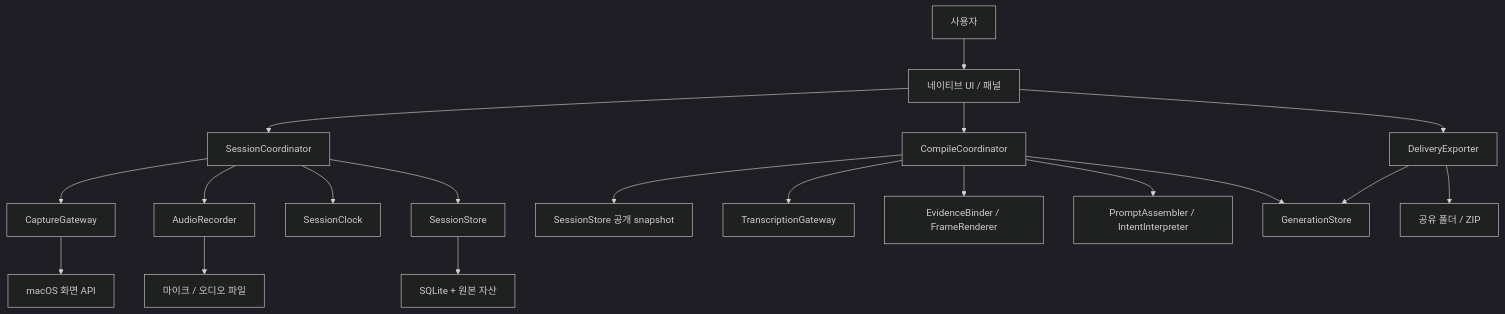
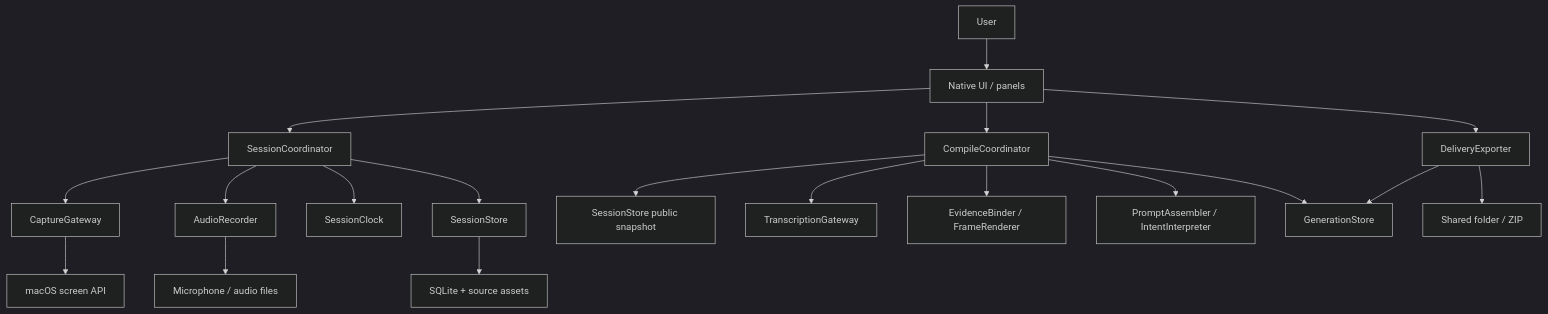
One commit to ryujt/cuevia changed the diagram in docs/design/20261031-093004/to-be/system-design-to-be.md. Above: the diagram before and after it, drawn with Mermaid (dark theme). The commit also changed other lines of this file and 51 other files, not shown here.

````diff
--- a/docs/design/20261031-093004/to-be/system-design-to-be.md
+++ b/docs/design/20261031-093004/to-be/system-design-to-be.md
@@ -81,21 +81,21 @@
 ```mermaid
 flowchart TB
-  User[사용자] --> UI[네이티브 UI / 패널]
+  User[User] --> UI[Native UI / panels]
   UI --> SC[SessionCoordinator]
   SC --> CAP[CaptureGateway]
   SC --> AUD[AudioRecorder]
   SC --> CLK[SessionClock]
   SC --> STORE[SessionStore]
-  CAP --> OS[macOS 화면 API]
-  AUD --> MIC[마이크 / 오디오 파일]
-  STORE --> LOCAL[SQLite + 원본 자산]
+  CAP --> OS[macOS screen API]
+  AUD --> MIC[Microphone / audio files]
+  STORE --> LOCAL[SQLite + source assets]
   UI --> CC[CompileCoordinator]
-  CC --> SNAP[SessionStore 공개 snapshot]
+  CC --> SNAP[SessionStore public snapshot]
   CC --> STT[TranscriptionGateway]
   CC --> BIND[EvidenceBinder / FrameRenderer]
   CC --> PROMPT[PromptAssembler / IntentInterpreter]
   CC --> GEN[GenerationStore]
   UI --> EXP[DeliveryExporter]
   EXP --> GEN
-  EXP --> BUNDLE[공유 폴더 / ZIP]
+  EXP --> BUNDLE[Shared folder / ZIP]
 ```
````
